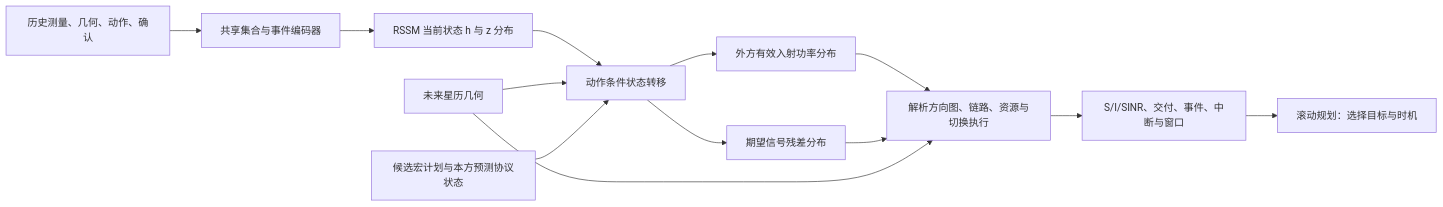
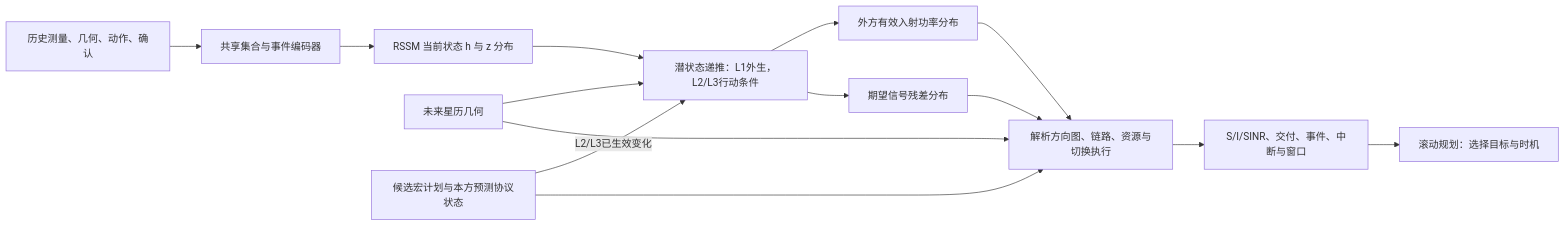
The first of 2 diagrams in literature review/多星座对等共存_历史观测世界模型与预测切换_详细研究方案.md (Shizhen-Jia/WorldNTN), drawn with Mermaid before and after one commit. The commit also changed other lines of this file and 1 other file, not shown here.

````diff
--- a/literature review/多星座对等共存_历史观测世界模型与预测切换_详细研究方案.md
+++ b/literature review/多星座对等共存_历史观测世界模型与预测切换_详细研究方案.md
@@ -139,15 +218,16 @@
 ```mermaid
 flowchart LR
     H[历史测量、几何、动作、确认] --> E[共享集合与事件编码器]
     E --> B[RSSM 当前状态 h 与 z 分布]
-    B --> T[动作条件状态转移]
+    B --> T[潜状态递推：L1外生，L2/L3行动条件]
     G[未来星历几何] --> T
-    A[候选宏计划与本方预测协议状态] --> T
+    A[候选宏计划与本方预测协议状态] -->|L2/L3已生效变化| T
+    A --> C
     T --> Q[外方有效入射功率分布]
     T --> R[期望信号残差分布]
     Q --> C[解析方向图、链路、资源与切换执行]
     R --> C
     G --> C
     C --> O[S/I/SINR、交付、事件、中断与窗口]
     O --> P[滚动规划：选择目标与时机]
 ```
````
